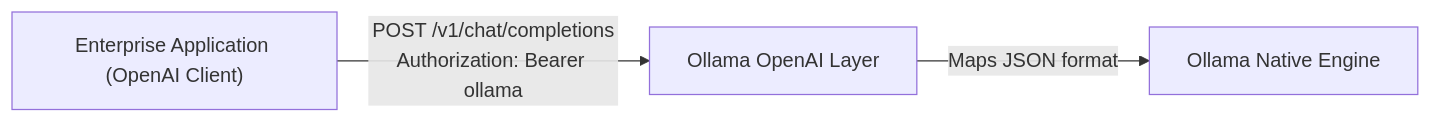
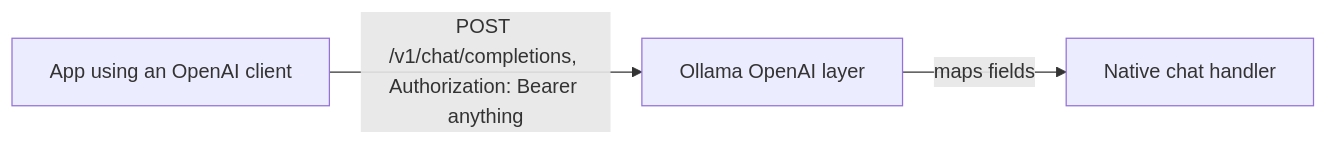
Diagram 19 of 31 in README.md (TheLearningHubOrg/learn-ollama), drawn with Mermaid before and after one commit. The commit also changed other lines of this file and 37 other files, not shown here.

````diff
--- a/README.md
+++ b/README.md
@@ -579,5 +1906,5 @@
 ```mermaid
 flowchart LR
-    App["Enterprise Application (OpenAI Client)"] -->|"POST /v1/chat/completions\nAuthorization: Bearer ollama"| Emulation["Ollama OpenAI Layer"]
-    Emulation -->|"Maps JSON format"| Native["Ollama Native Engine"]
+    App["App using an OpenAI client"] -->|"POST /v1/chat/completions, Authorization: Bearer anything"| Emu["Ollama OpenAI layer"]
+    Emu -->|"maps fields"| Native["Native chat handler"]
 ```
````
